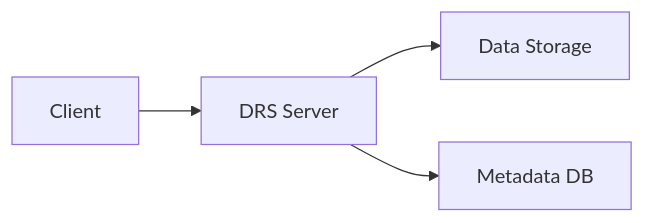
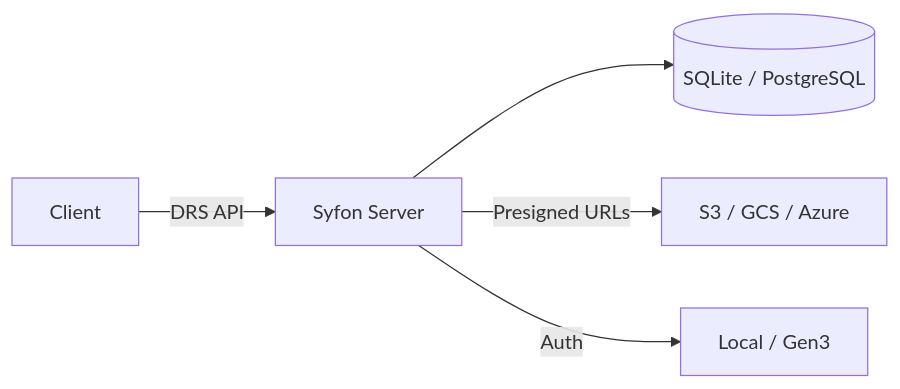
One commit to calypr/syfon changed the diagram in docs/index.md. Above: the diagram before and after it, drawn with Mermaid. The commit also changed other lines of this file and 6 other files, not shown here.

````diff
--- a/docs/index.md
+++ b/docs/index.md
@@ -17,6 +13,7 @@
 ```mermaid
 graph LR
-    A[Client] --> B[DRS Server]
-    B --> C[Data Storage]
-    B --> D[Metadata DB]
+    A[Client] -->|DRS API| B[Syfon Server]
+    B --> C[(SQLite / PostgreSQL)]
+    B -->|Presigned URLs| D[S3 / GCS / Azure]
+    B -->|Auth| E[Local / Gen3]
 ```
````
